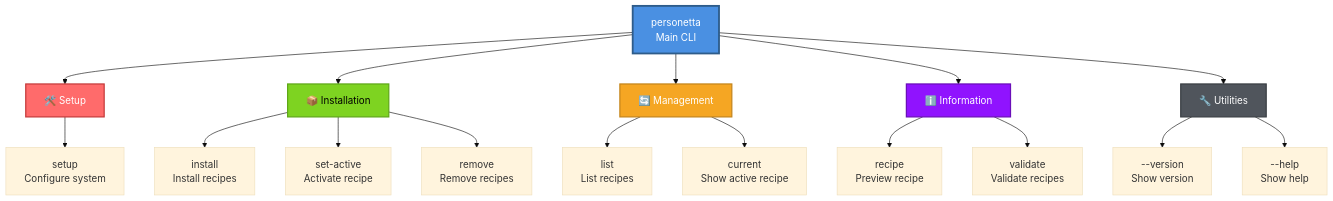
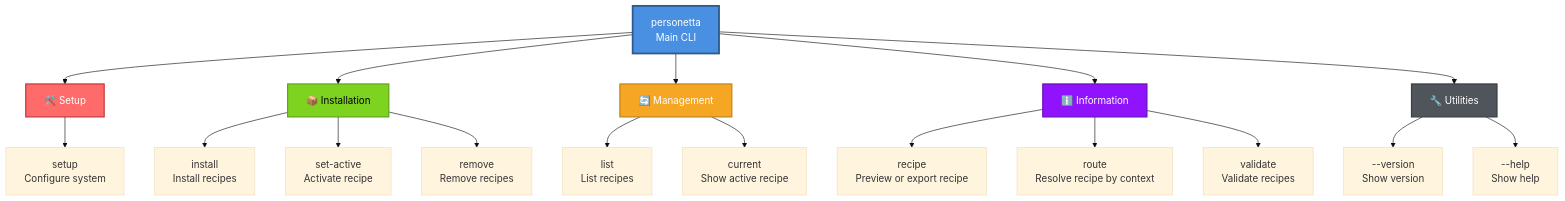
Before and after one commit to EdwardAF-IT/Personetta: the first of 4 diagrams in docs/cli-reference.md, drawn with Mermaid (base theme). The commit also changed other lines of this file and 3 other files, not shown here.

Commit message:
Document route, json export, per-worktree set-active, file routing, ids, hashes and limits

````diff
--- a/docs/cli-reference.md
+++ b/docs/cli-reference.md
@@ -21,32 +21,33 @@
 ```mermaid
 graph TB
     CLI[personetta<br/>Main CLI]
     
     CLI --> Setup[🛠️ Setup]
     CLI --> Install[📦 Installation]
     CLI --> Manage[🔄 Management]
     CLI --> Info[ℹ️ Information]
     CLI --> Utils[🔧 Utilities]
     
     Setup --> SetupCmd[setup<br/>Configure system]
     
     Install --> Inst[install<br/>Install recipes]
     Install --> SetActive[set-active<br/>Activate recipe]
     Install --> Remove[remove<br/>Remove recipes]
     
     Manage --> List[list<br/>List recipes]
     Manage --> Current[current<br/>Show active recipe]
     
-    Info --> Recipe[recipe<br/>Preview recipe]
+    Info --> Recipe[recipe<br/>Preview or export recipe]
+    Info --> Route[route<br/>Resolve recipe by context]
     Info --> Validate[validate<br/>Validate recipes]
     
     Utils --> Version[--version<br/>Show version]
     Utils --> Help[--help<br/>Show help]
     
     style CLI fill:#4A90E2,color:#fff,stroke:#2E5C8A,stroke-width:3px
     style Setup fill:#FF6B6B,color:#fff,stroke:#C43A3A,stroke-width:2px
     style Install fill:#7ED321,color:#000,stroke:#5FA718,stroke-width:2px
     style Manage fill:#F5A623,color:#fff,stroke:#C4851C,stroke-width:2px
     style Info fill:#9013FE,color:#fff,stroke:#6A0FB8,stroke-width:2px
     style Utils fill:#50555C,color:#fff,stroke:#3A3F44,stroke-width:2px
 ```
````
